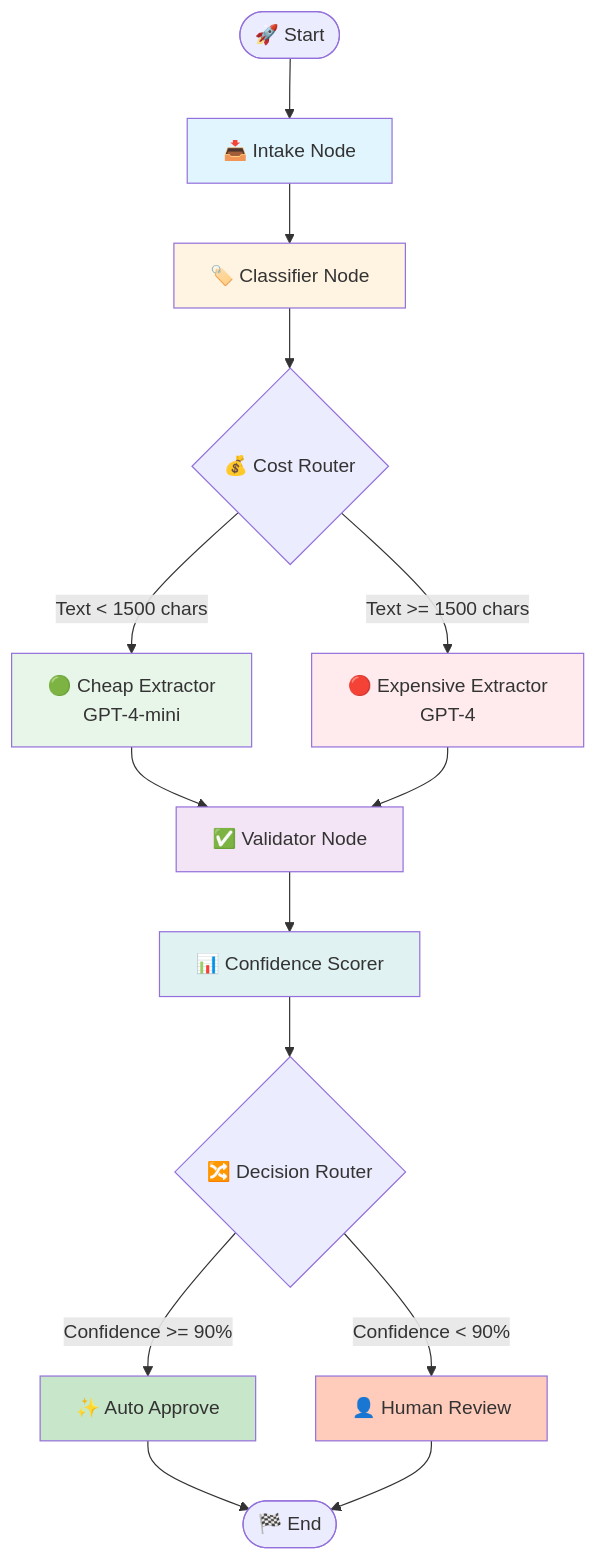
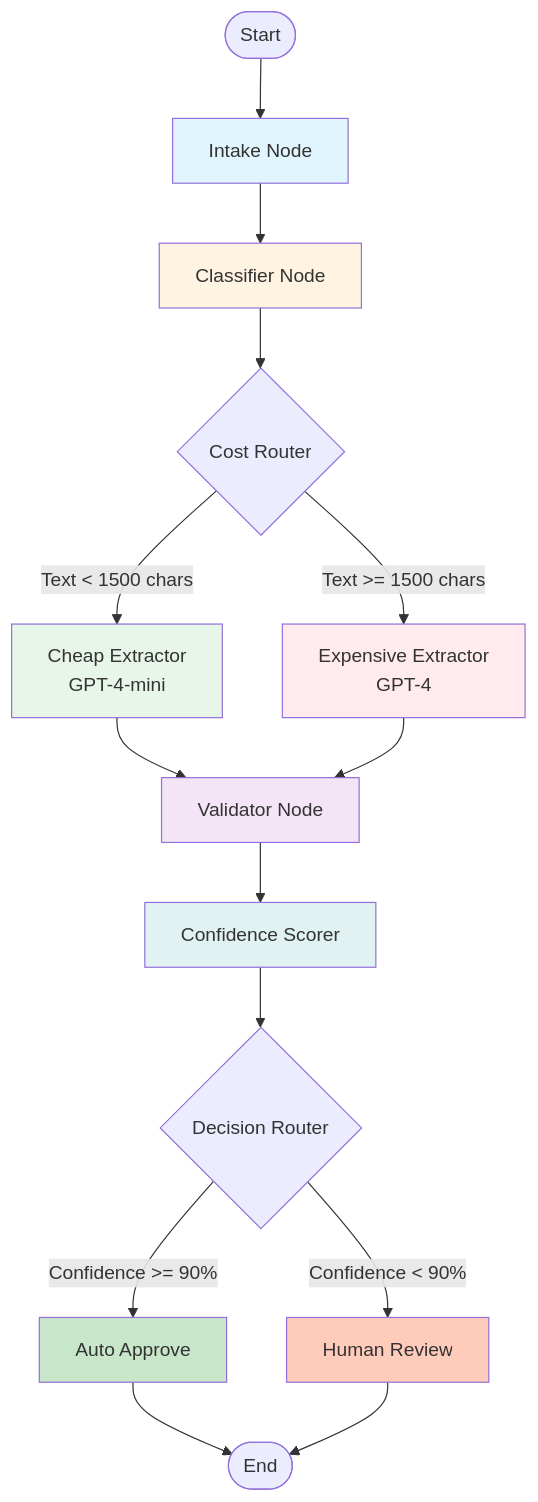
One commit to aaryan182/ai_agents_prod_langgraph changed the first of 6 diagrams in Intelligent_Document_Processing/README.md. Above: the diagram before and after it, drawn with Mermaid. The commit also changed other lines of this file and 7 other files, not shown here.

````diff
--- a/Intelligent_Document_Processing/README.md
+++ b/Intelligent_Document_Processing/README.md
@@ -59,30 +59,30 @@
 ```mermaid
 graph TB
-    Start([🚀 Start]) --> Intake[📥 Intake Node]
-    Intake --> Classifier[🏷️ Classifier Node]
-    Classifier --> CostRouter{💰 Cost Router}
+    Start([Start]) --> Intake[Intake Node]
+    Intake --> Classifier[Classifier Node]
+    Classifier --> CostRouter{Cost Router}
     
-    CostRouter -->|Text < 1500 chars| Cheap[🟢 Cheap Extractor<br/>GPT-4-mini]
-    CostRouter -->|Text >= 1500 chars| Expensive[🔴 Expensive Extractor<br/>GPT-4]
+    CostRouter -->|Text < 1500 chars| Cheap[Cheap Extractor<br/>GPT-4-mini]
+    CostRouter -->|Text >= 1500 chars| Expensive[Expensive Extractor<br/>GPT-4]
     
-    Cheap --> Validator[✅ Validator Node]
+    Cheap --> Validator[Validator Node]
     Expensive --> Validator
     
-    Validator --> Confidence[📊 Confidence Scorer]
-    Confidence --> Router{🔀 Decision Router}
+    Validator --> Confidence[Confidence Scorer]
+    Confidence --> Router{Decision Router}
     
-    Router -->|Confidence >= 90%| AutoApprove[✨ Auto Approve]
-    Router -->|Confidence < 90%| Human[👤 Human Review]
+    Router -->|Confidence >= 90%| AutoApprove[Auto Approve]
+    Router -->|Confidence < 90%| Human[Human Review]
     
-    AutoApprove --> End([🏁 End])
+    AutoApprove --> End([End])
     Human --> End
     
     style Intake fill:#e1f5ff
     style Classifier fill:#fff4e1
     style Cheap fill:#e8f5e9
     style Expensive fill:#ffebee
     style Validator fill:#f3e5f5
     style Confidence fill:#e0f2f1
     style AutoApprove fill:#c8e6c9
     style Human fill:#ffccbc
 ```
````
